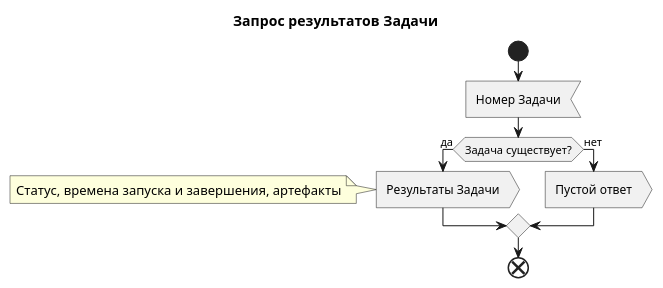
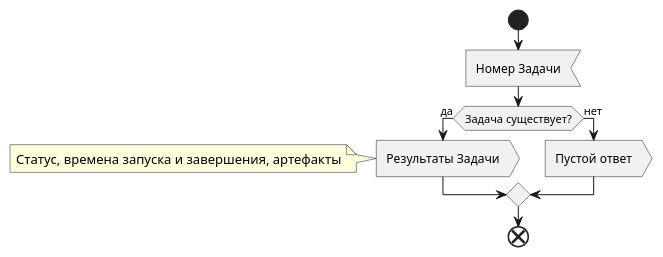
Before and after one commit to mrypdm/JobSystem: the second of 6 diagrams in docs/diagrams/activity/Job.Database.puml, drawn with PlantUML. The commit also changed 5 other files, not shown here.

```diff
--- a/docs/diagrams/activity/Job.Database.puml
+++ b/docs/diagrams/activity/Job.Database.puml
@@ -22,17 +22,15 @@
 @startuml f_jobs_get_results
-
-title Запрос результатов Задачи
 
 start
 
 :Номер Задачи<
 if (Задача существует?) then (да)
     :Результаты Задачи>
     note left: Статус, времена запуска и завершения, артефакты
 else (нет)
     :Пустой ответ>
 endif
 
 end
 
 @enduml
```
